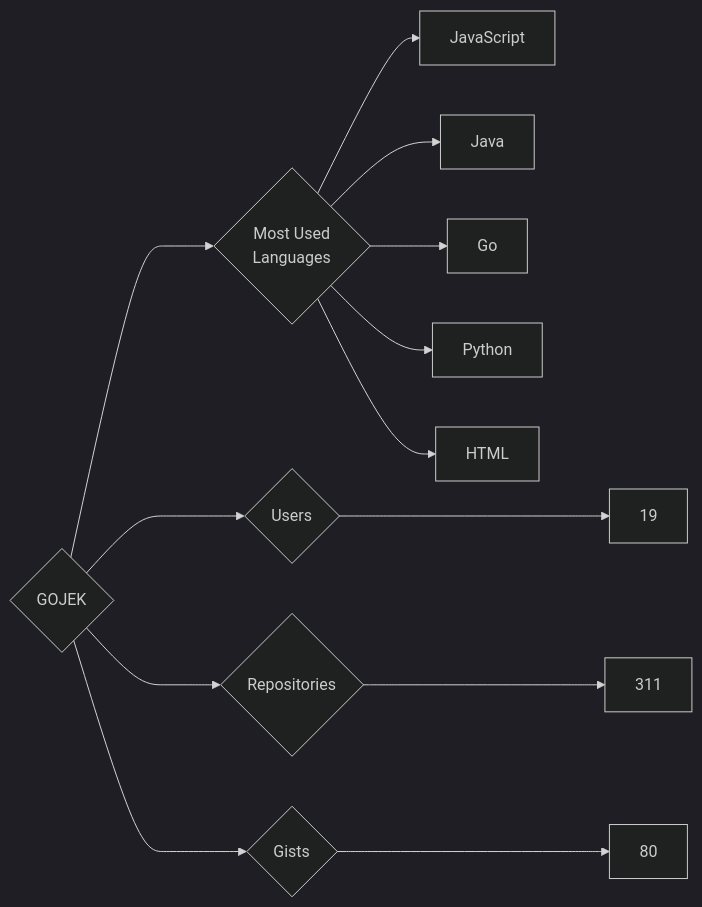
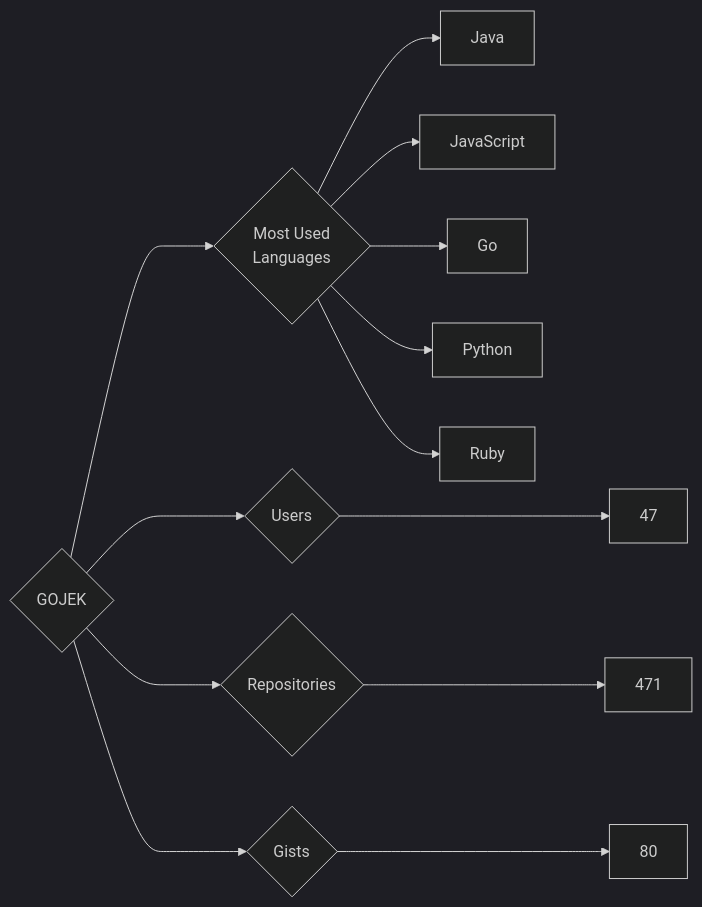
Before and after one commit to trickest/insiders: the diagram in targets/GOJEK/README.md, drawn with Mermaid (dark theme). The commit also changed 899 other files, not shown here.

````diff
--- a/targets/GOJEK/README.md
+++ b/targets/GOJEK/README.md
@@ -3,13 +3,13 @@
 ```mermaid
 graph LR
 COMPANY_NAME{GOJEK}
-COMPANY_NAME ---> U{Users} ---> UN[19]
-COMPANY_NAME ---> R{Repositories} ---> RN[311]
+COMPANY_NAME ---> U{Users} ---> UN[47]
+COMPANY_NAME ---> R{Repositories} ---> RN[471]
 COMPANY_NAME ---> G{Gists} ---> GN[80]
 COMPANY_NAME ---> ML{Most Used<br>Languages}
+ML --> Java[Java]
 ML --> JavaScript[JavaScript]
-ML --> Java[Java]
 ML --> Go[Go]
 ML --> Python[Python]
-ML --> HTML[HTML]
+ML --> Ruby[Ruby]
 ```
````
